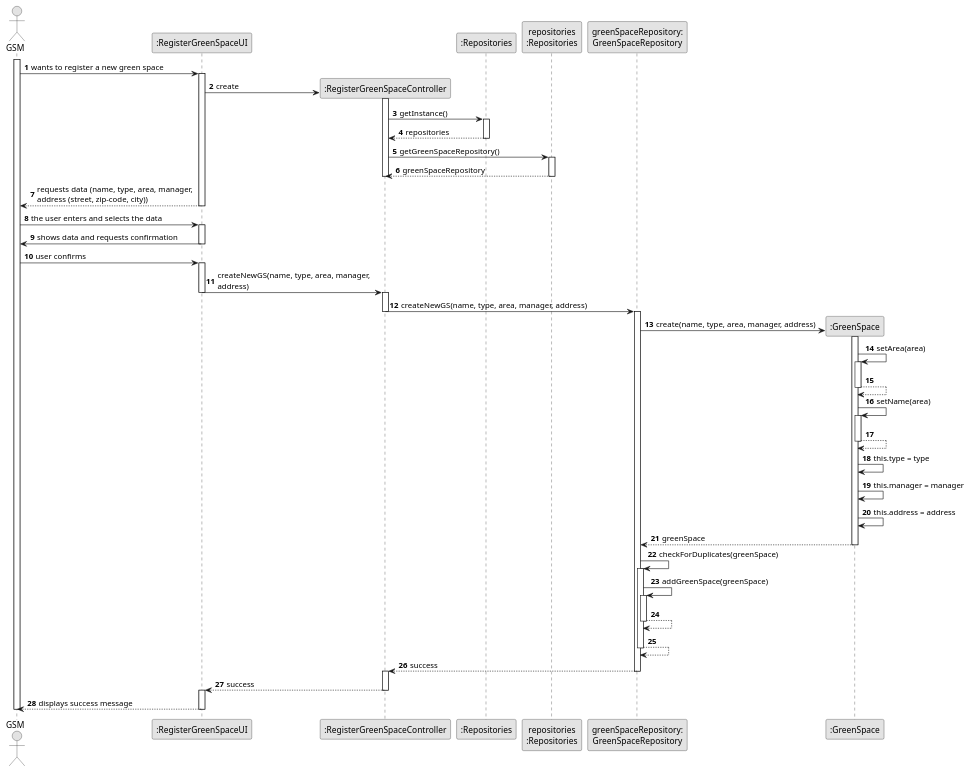
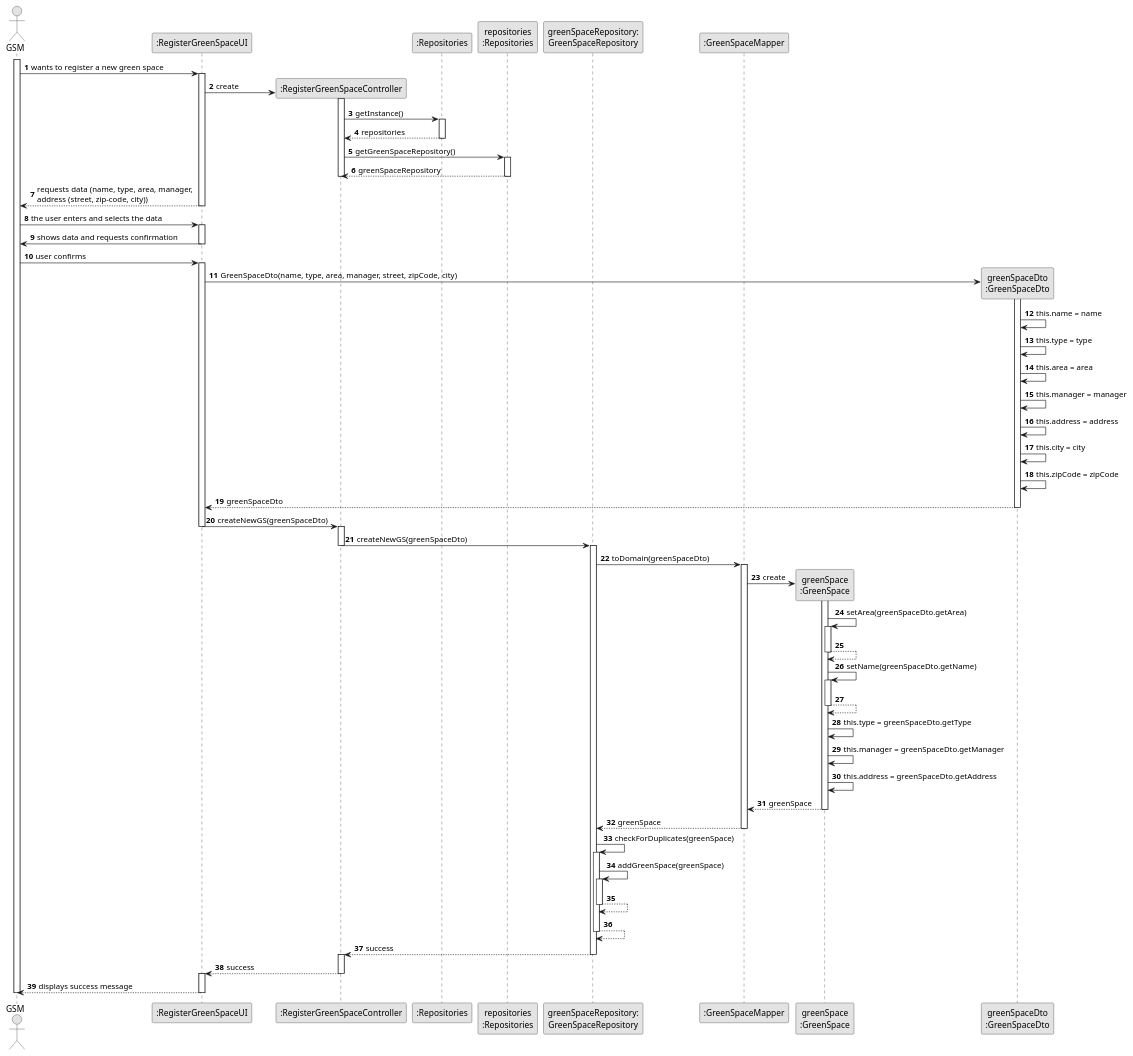
One commit to ricardomm7/leaflink changed the diagram in docs/sprintC/us020/03.design/puml/us020-sequence-diagram-full.puml. Above: the diagram before and after it, drawn with PlantUML. The commit also changed 15 other files, not shown here.

Commit message:
JobDto and GreenSpaceDto only dismantled on the respective repositories. Reduces dependence on the mapper.

```diff
--- a/docs/sprintC/us020/03.design/puml/us020-sequence-diagram-full.puml
+++ b/docs/sprintC/us020/03.design/puml/us020-sequence-diagram-full.puml
@@ -2,86 +2,106 @@
 @startuml
 skinparam monochrome true
 skinparam packageStyle rectangle
 skinparam shadowing false
 
 'title System Sequence Diagram (SSD) - US020
 
 autonumber
 
 actor "GSM" as GSM
 participant ":RegisterGreenSpaceUI" as UI
 participant ":RegisterGreenSpaceController" as CTRL
 participant ":Repositories" as RepositorySingleton
 participant "repositories\n:Repositories" as PLAT
 participant "greenSpaceRepository:\nGreenSpaceRepository" as gsrepo
-participant ":GreenSpace" as GS
+participant ":GreenSpaceMapper" as GSMP
+participant "greenSpace\n:GreenSpace" as GS
+participant "greenSpaceDto\n:GreenSpaceDto" as DTO
 
 activate GSM
 
     GSM -> UI : wants to register a new green space
     activate UI
 
         UI -> CTRL** : create
 activate CTRL
 CTRL -> RepositorySingleton : getInstance()
 activate RepositorySingleton
 RepositorySingleton --> CTRL : repositories
 deactivate RepositorySingleton
 CTRL -> PLAT : getGreenSpaceRepository()
 activate PLAT
 PLAT -->  CTRL: greenSpaceRepository
 deactivate PLAT
 deactivate CTRL
         UI --> GSM : requests data (name, type, area, manager, \naddress (street, zip-code, city))
         deactivate UI
 GSM -> UI : the user enters and selects the data
 activate UI
 UI-> GSM : shows data and requests confirmation
 deactivate UI
 GSM -> UI: user confirms
 activate UI
-UI -> CTRL : createNewGS(name, type, area, manager, \naddress)
+
+UI->DTO** : GreenSpaceDto(name, type, area, manager, street, zipCode, city)
+activate DTO
+DTO -> DTO : this.name = name
+DTO -> DTO : this.type = type
+DTO -> DTO : this.area = area
+DTO -> DTO : this.manager = manager
+DTO -> DTO : this.address = address
+DTO -> DTO : this.city = city
+DTO -> DTO : this.zipCode = zipCode
+DTO --> UI : greenSpaceDto
+deactivate DTO
+
+UI -> CTRL : createNewGS(greenSpaceDto)
 deactivate UI
 activate CTRL
-CTRL -> gsrepo : createNewGS(name, type, area, manager, address)
+CTRL -> gsrepo : createNewGS(greenSpaceDto)
 deactivate CTRL
 activate gsrepo
-gsrepo -> GS** : create(name, type, area, manager, address)
+gsrepo -> GSMP : toDomain(greenSpaceDto)
+activate GSMP
+
+GSMP -> GS** : create
 
 activate GS
-GS -> GS : setArea(area)
+GS -> GS : setArea(greenSpaceDto.getArea)
 activate GS
 GS --> GS
 deactivate GS
 
-GS -> GS : setName(area)
+GS -> GS : setName(greenSpaceDto.getName)
 activate GS
 GS --> GS
 deactivate GS
 
-GS -> GS : this.type = type
+GS -> GS : this.type = greenSpaceDto.getType
 
-GS -> GS : this.manager = manager
-GS -> GS : this.address = address
+GS -> GS : this.manager = greenSpaceDto.getManager
+GS -> GS : this.address = greenSpaceDto.getAddress
 
-GS --> gsrepo : greenSpace
+GS --> GSMP : greenSpace
 deactivate GS
+GSMP --> gsrepo : greenSpace
+deactivate GSMP
 gsrepo -> gsrepo : checkForDuplicates(greenSpace)
 activate gsrepo
 gsrepo -> gsrepo : addGreenSpace(greenSpace)
 activate gsrepo
 gsrepo-->gsrepo
 deactivate gsrepo
 gsrepo-->gsrepo
 deactivate gsrepo
 gsrepo --> CTRL : success
 deactivate gsrepo
 activate CTRL
 CTRL --> UI : success
 deactivate CTRL
 activate UI
 UI-->GSM:displays success message
 deactivate UI
 deactivate GSM
 
 @enduml
```
